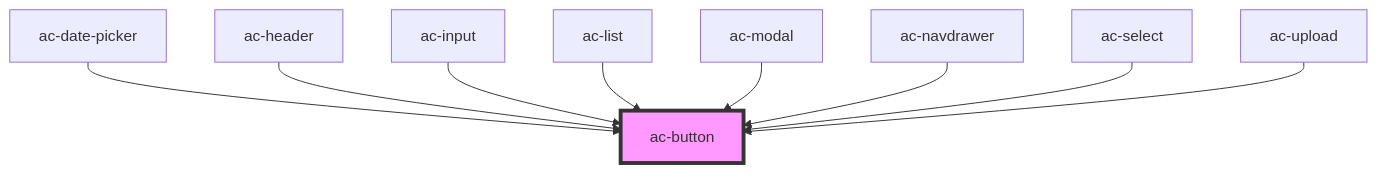
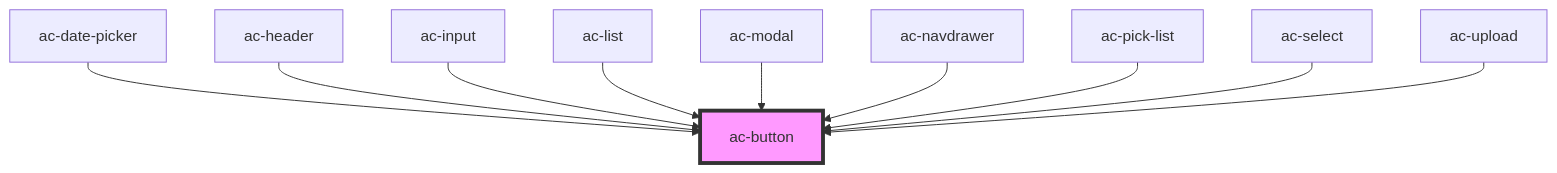
Before and after one commit to accera-tech/solar-components: the diagram in src/components/atoms/ac-button/readme.md, drawn with Mermaid. The commit also changed other lines of this file and 7 other files, not shown here.

Commit message:
feat: create ac-pick-list

````diff
--- a/src/components/atoms/ac-button/readme.md
+++ b/src/components/atoms/ac-button/readme.md
@@ -37,12 +38,13 @@
 ```mermaid
 graph TD;
   ac-date-picker --> ac-button
   ac-header --> ac-button
   ac-input --> ac-button
   ac-list --> ac-button
   ac-modal --> ac-button
   ac-navdrawer --> ac-button
+  ac-pick-list --> ac-button
   ac-select --> ac-button
   ac-upload --> ac-button
   style ac-button fill:#f9f,stroke:#333,stroke-width:4px
 ```
````
